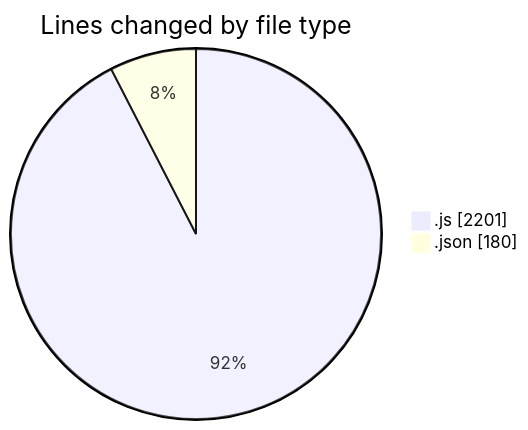
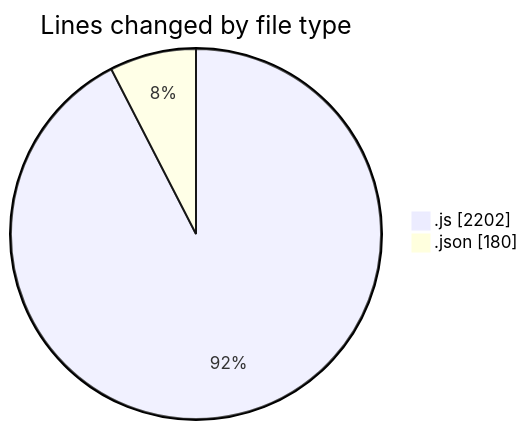
One commit to Ritupan-Deka/code-tracking changed the first of 2 diagrams in 2025-08-03/javascript/README.md. Above: the diagram before and after it, drawn with Mermaid. The commit also changed other lines of this file and 1 other file, not shown here.

````diff
--- a/2025-08-03/javascript/README.md
+++ b/2025-08-03/javascript/README.md
@@ -22,6 +23,6 @@
 ```mermaid
 pie showData
 title Lines changed by file type
-".js" : 2201
+".js" : 2202
 ".json" : 180
 ```
````
